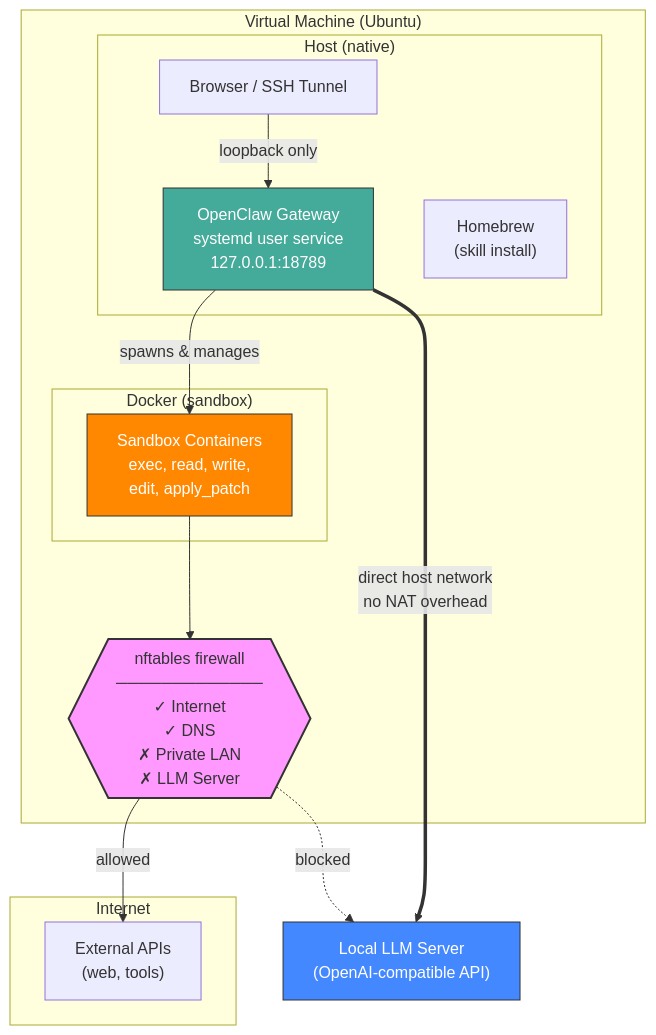
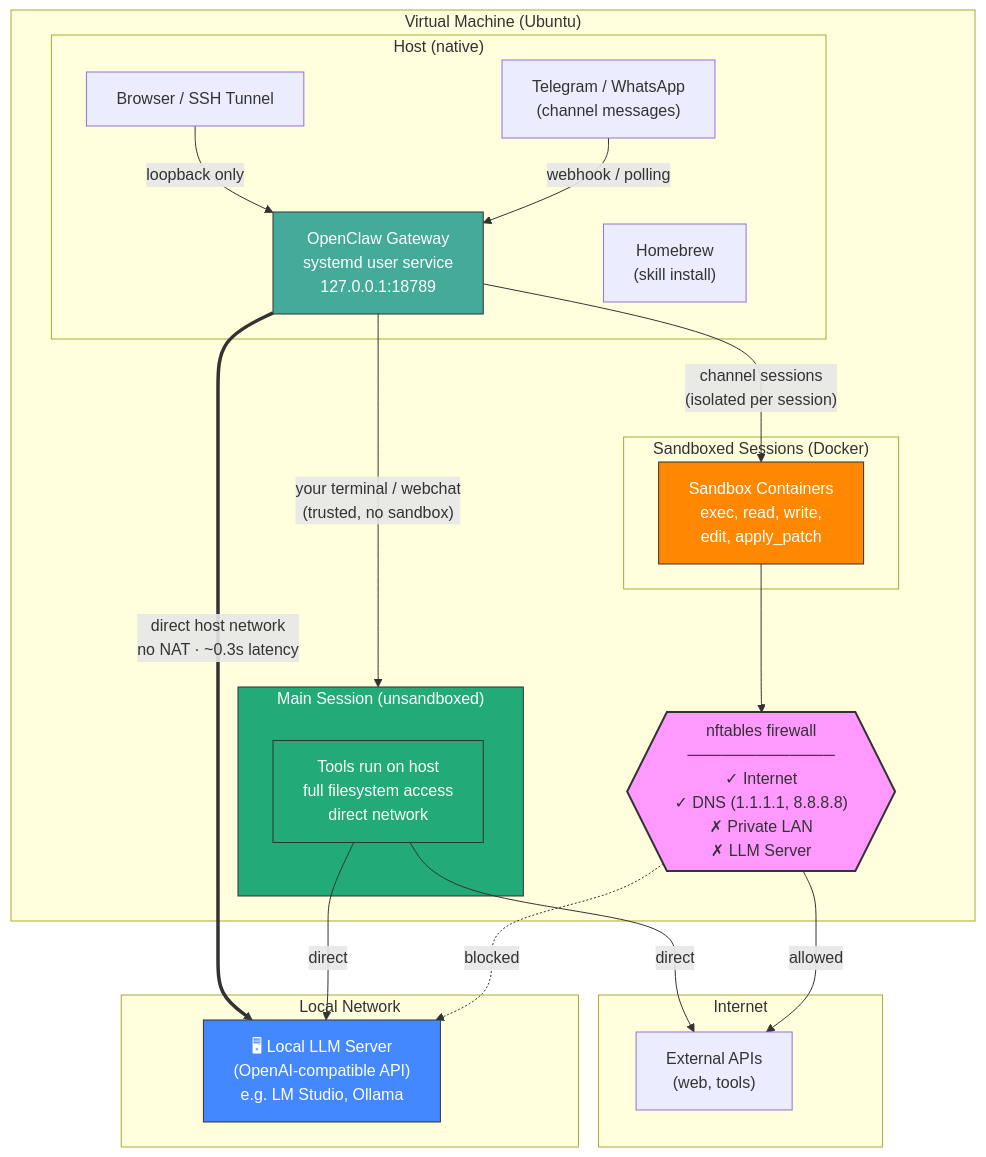
The diagram in README.md (jhaertf/openclaw-sandboxed), drawn with Mermaid before and after one commit.

Commit message:
Extend architecture diagram with LLM connection and session types
- Show Local LLM Server in dedicated LAN zone with direct host connection
- Distinguish Main Session (unsandboxed, trusted) from Sandboxed Sessions (Docker, per channel)
- Add Telegram/WhatsApp as channel entry points
- Update firewall box to reflect explicit DNS resolvers (1.1.1.1, 8.8.8.8)

````diff
--- a/README.md
+++ b/README.md
@@ -11,34 +11,47 @@
 ```mermaid
 graph TB
     subgraph Internet
         APIs["External APIs<br/>(web, tools)"]
     end
 
+    subgraph LAN["Local Network"]
+        LLM["🖥 Local LLM Server<br/>(OpenAI-compatible API)<br/>e.g. LM Studio, Ollama"]
+    end
+
     subgraph VM["Virtual Machine (Ubuntu)"]
         subgraph Host["Host (native)"]
             Browser["Browser / SSH Tunnel"]
+            Telegram["Telegram / WhatsApp<br/>(channel messages)"]
             Gateway["OpenClaw Gateway<br/>systemd user service<br/>127.0.0.1:18789"]
             Brew["Homebrew<br/>(skill install)"]
         end
 
-        subgraph Docker["Docker (sandbox)"]
+        subgraph MainSession["Main Session (unsandboxed)"]
+            MainTools["Tools run on host<br/>full filesystem access<br/>direct network"]
+        end
+
+        subgraph Docker["Sandboxed Sessions (Docker)"]
             Sandbox["Sandbox Containers<br/>exec, read, write,<br/>edit, apply_patch"]
         end
 
-        FW{{"nftables firewall<br/>─────────────<br/>✓ Internet<br/>✓ DNS<br/>✗ Private LAN<br/>✗ LLM Server"}}
+        FW{{"nftables firewall<br/>─────────────<br/>✓ Internet<br/>✓ DNS (1.1.1.1, 8.8.8.8)<br/>✗ Private LAN<br/>✗ LLM Server"}}
     end
 
-    LLM["Local LLM Server<br/>(OpenAI-compatible API)"]
-
     Browser -->|loopback only| Gateway
-    Gateway -->|spawns & manages| Sandbox
-    Gateway ==>|direct host network<br/>no NAT overhead| LLM
+    Telegram -->|webhook / polling| Gateway
+    Gateway -->|"your terminal / webchat<br/>(trusted, no sandbox)"| MainSession
+    Gateway -->|"channel sessions<br/>(isolated per session)"| Sandbox
+    Gateway ==>|"direct host network<br/>no NAT · ~0.3s latency"| LLM
+    MainTools -->|direct| APIs
+    MainTools -->|direct| LLM
     Sandbox --> FW
     FW -->|allowed| APIs
     FW -.->|blocked| LLM
 
     style FW fill:#f9f,stroke:#333,stroke-width:2px
     style Gateway fill:#4a9,stroke:#333,color:#fff
+    style MainSession fill:#2a7,stroke:#333,color:#fff
     style Sandbox fill:#f80,stroke:#333,color:#fff
     style LLM fill:#48f,stroke:#333,color:#fff
+    style MainTools fill:#2a7,stroke:#333,color:#fff
 ```
````
